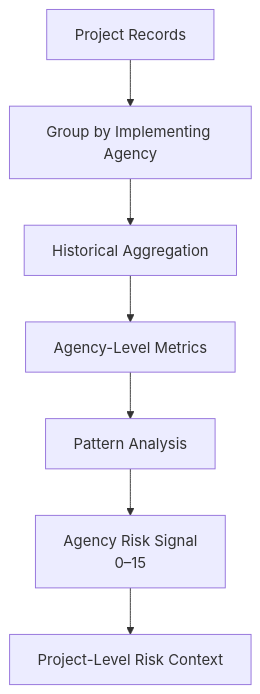
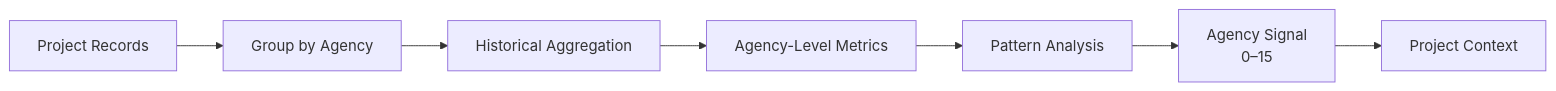
The sixth of 19 diagrams in README.md (the-nidhi-bhat/mplads-sentinel), drawn with Mermaid before and after one commit. The commit also changed other lines of this file, not shown here.

````diff
--- a/README.md
+++ b/README.md
@@ -374,16 +260,10 @@
 ```mermaid
-flowchart TB
-
+flowchart LR
     A["Project Records"]
-    --> B["Group by Implementing Agency"]
-
-    B --> C["Historical Aggregation"]
-
-    C --> D["Agency-Level Metrics"]
-
-    D --> E["Pattern Analysis"]
-
-    E --> F["Agency Risk Signal<br/>0–15"]
-
-    F --> G["Project-Level Risk Context"]
+    --> B["Group by Agency"]
+    --> C["Historical Aggregation"]
+    --> D["Agency-Level Metrics"]
+    --> E["Pattern Analysis"]
+    --> F["Agency Signal<br/>0–15"]
+    --> G["Project Context"]
 ```
````
